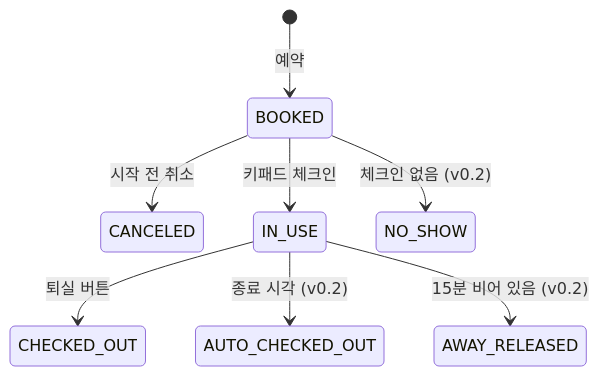
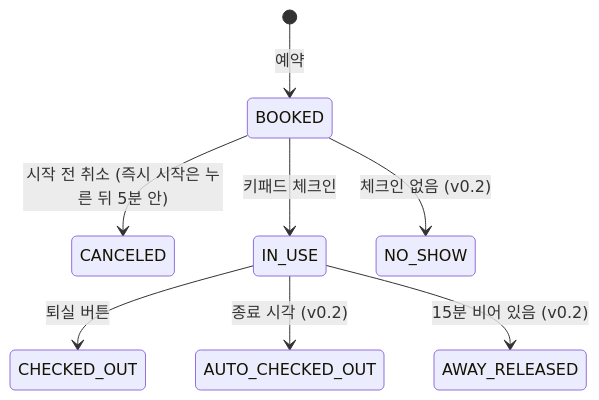
Before and after one commit to AI-go-do/docs: the second of 2 diagrams in requirements/requirements.md, drawn with Mermaid. The commit also changed other lines of this file and 1 other file, not shown here.

First line of the commit message:
docs: 즉시 시작은 누른 뒤 5분 안이면 취소 가능 (FR-RSV-007, v0.4.18)

````diff
--- a/requirements/requirements.md
+++ b/requirements/requirements.md
@@ -192,10 +192,10 @@
 ```mermaid
 stateDiagram-v2
     [*] --> BOOKED: 예약
-    BOOKED --> CANCELED: 시작 전 취소
+    BOOKED --> CANCELED: 시작 전 취소 (즉시 시작은 누른 뒤 5분 안)
     BOOKED --> IN_USE: 키패드 체크인
     BOOKED --> NO_SHOW: 체크인 없음 (v0.2)
     IN_USE --> CHECKED_OUT: 퇴실 버튼
     IN_USE --> AUTO_CHECKED_OUT: 종료 시각 (v0.2)
     IN_USE --> AWAY_RELEASED: 15분 비어 있음 (v0.2)
 ```
````
